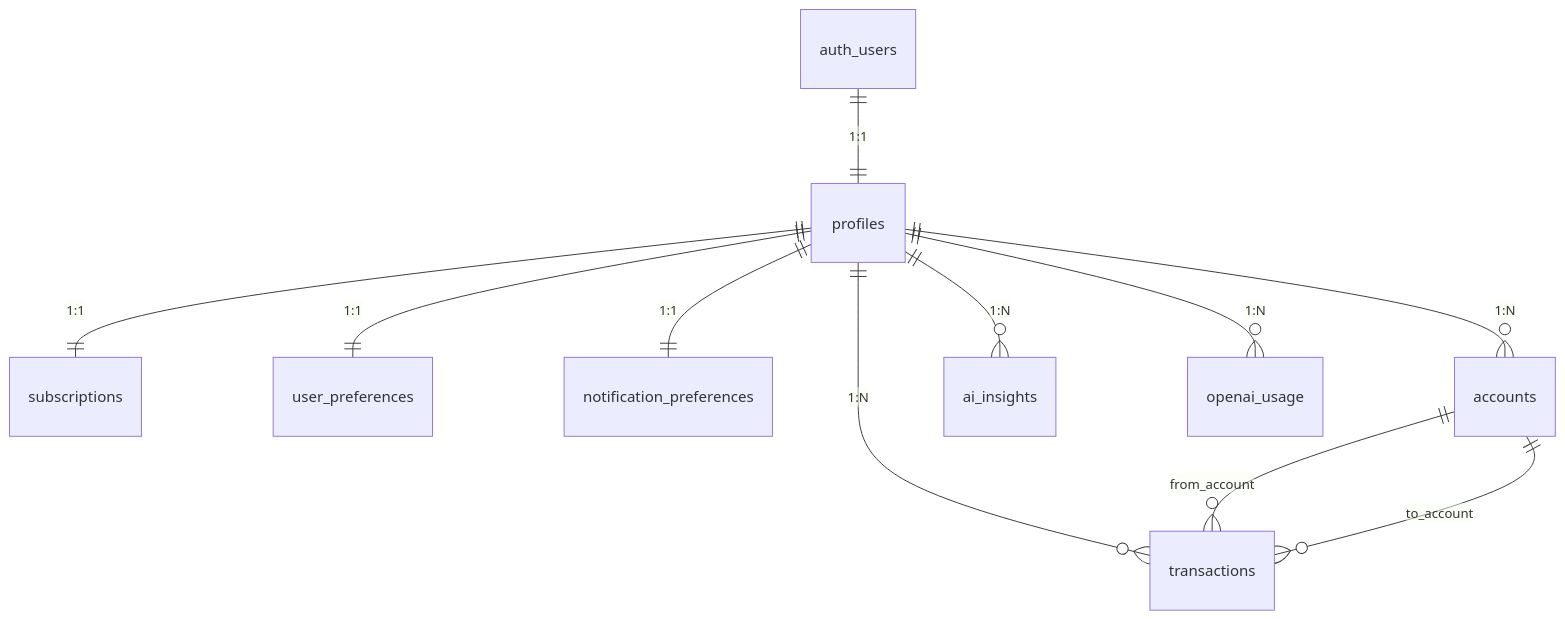
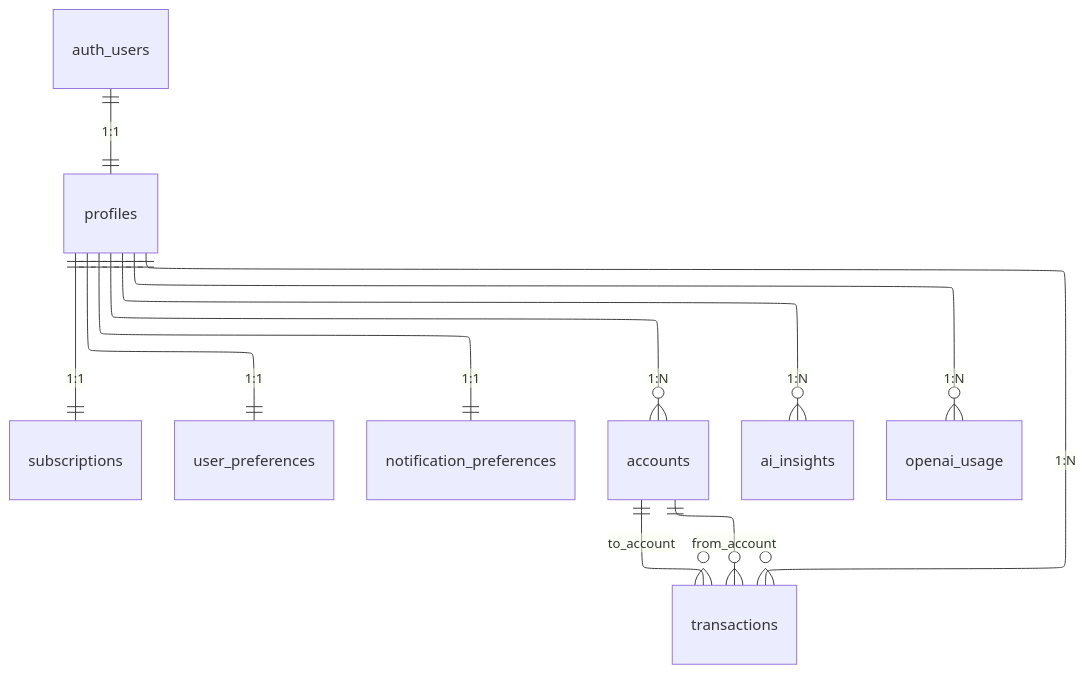
One commit to Kewinsky/finwise-nextjs changed the second of 5 diagrams in docs/thesis/4_IMPLEMENTACJA.md. Above: the diagram before and after it, drawn with Mermaid. The commit also changed other lines of this file and 3 other files, not shown here.

Commit message:
insert captions for diagrams

````diff
--- a/docs/thesis/4_IMPLEMENTACJA.md
+++ b/docs/thesis/4_IMPLEMENTACJA.md
@@ -187,13 +143,17 @@
 ```mermaid
+---
+config:
+  layout: elk
+---
 erDiagram
     auth_users ||--|| profiles : "1:1"
     profiles ||--|| subscriptions : "1:1"
     profiles ||--|| user_preferences : "1:1"
     profiles ||--|| notification_preferences : "1:1"
     profiles ||--o{ accounts : "1:N"
     profiles ||--o{ transactions : "1:N"
     profiles ||--o{ ai_insights : "1:N"
     profiles ||--o{ openai_usage : "1:N"
     accounts ||--o{ transactions : "from_account"
     accounts ||--o{ transactions : "to_account"
 ```
````
